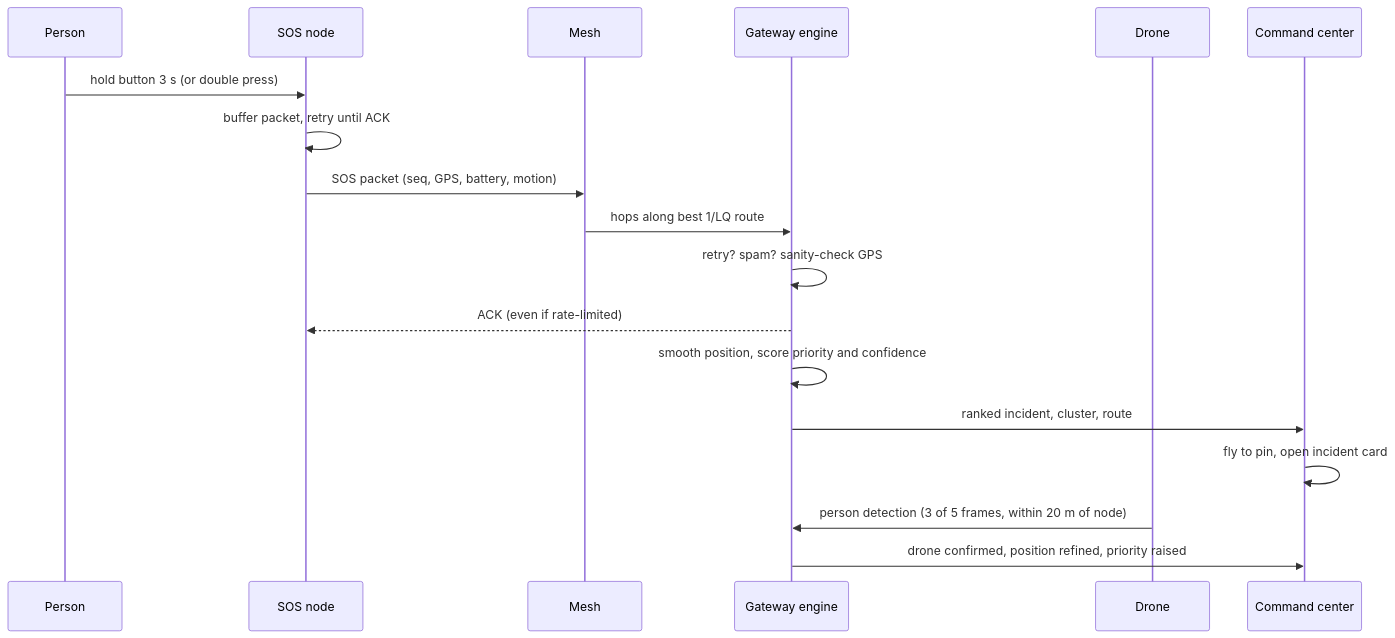
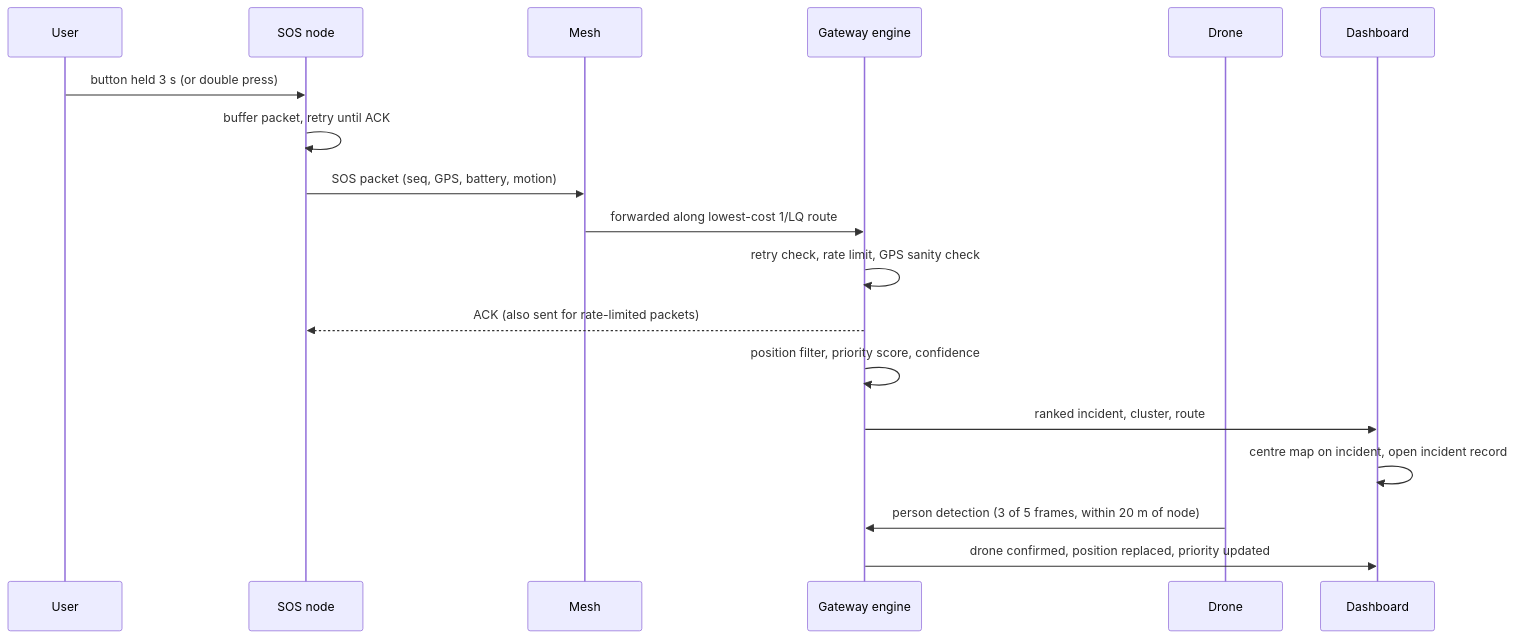
The diagram in docs/ARCHITECTURE.md (dracsInfi19/Gods-Hand), drawn with Mermaid before and after one commit. The commit also changed other lines of this file and 2 other files, not shown here.

Commit message:
docs: rewrite README and architecture in technical form, rename launcher message

````diff
--- a/docs/ARCHITECTURE.md
+++ b/docs/ARCHITECTURE.md
@@ -5,21 +5,21 @@
 ```mermaid
 sequenceDiagram
-    participant U as Person
+    participant U as User
     participant N as SOS node
     participant M as Mesh
     participant G as Gateway engine
     participant D as Drone
-    participant C as Command center
+    participant W as Dashboard
 
-    U->>N: hold button 3 s (or double press)
+    U->>N: button held 3 s (or double press)
     N->>N: buffer packet, retry until ACK
     N->>M: SOS packet (seq, GPS, battery, motion)
-    M->>G: hops along best 1/LQ route
-    G->>G: retry? spam? sanity-check GPS
-    G-->>N: ACK (even if rate-limited)
-    G->>G: smooth position, score priority and confidence
-    G->>C: ranked incident, cluster, route
-    C->>C: fly to pin, open incident card
+    M->>G: forwarded along lowest-cost 1/LQ route
+    G->>G: retry check, rate limit, GPS sanity check
+    G-->>N: ACK (also sent for rate-limited packets)
+    G->>G: position filter, priority score, confidence
+    G->>W: ranked incident, cluster, route
+    W->>W: centre map on incident, open incident record
     D->>G: person detection (3 of 5 frames, within 20 m of node)
-    G->>C: drone confirmed, position refined, priority raised
+    G->>W: drone confirmed, position replaced, priority updated
 ```
````
